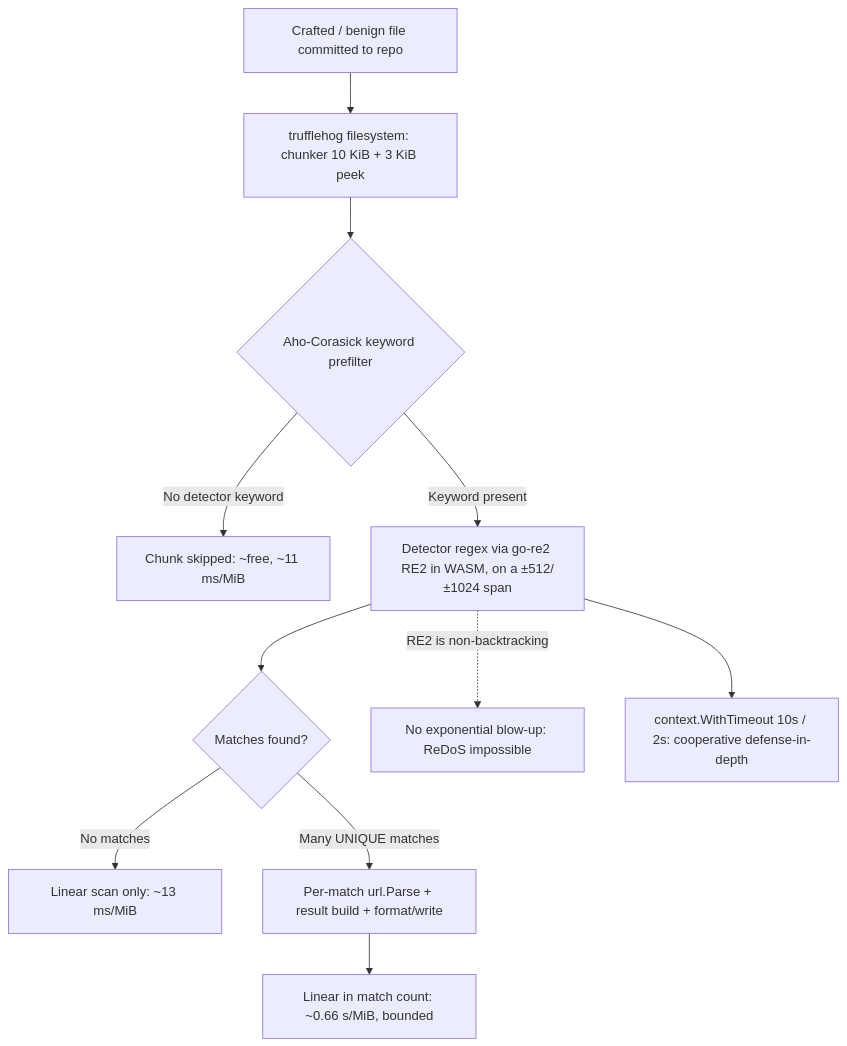
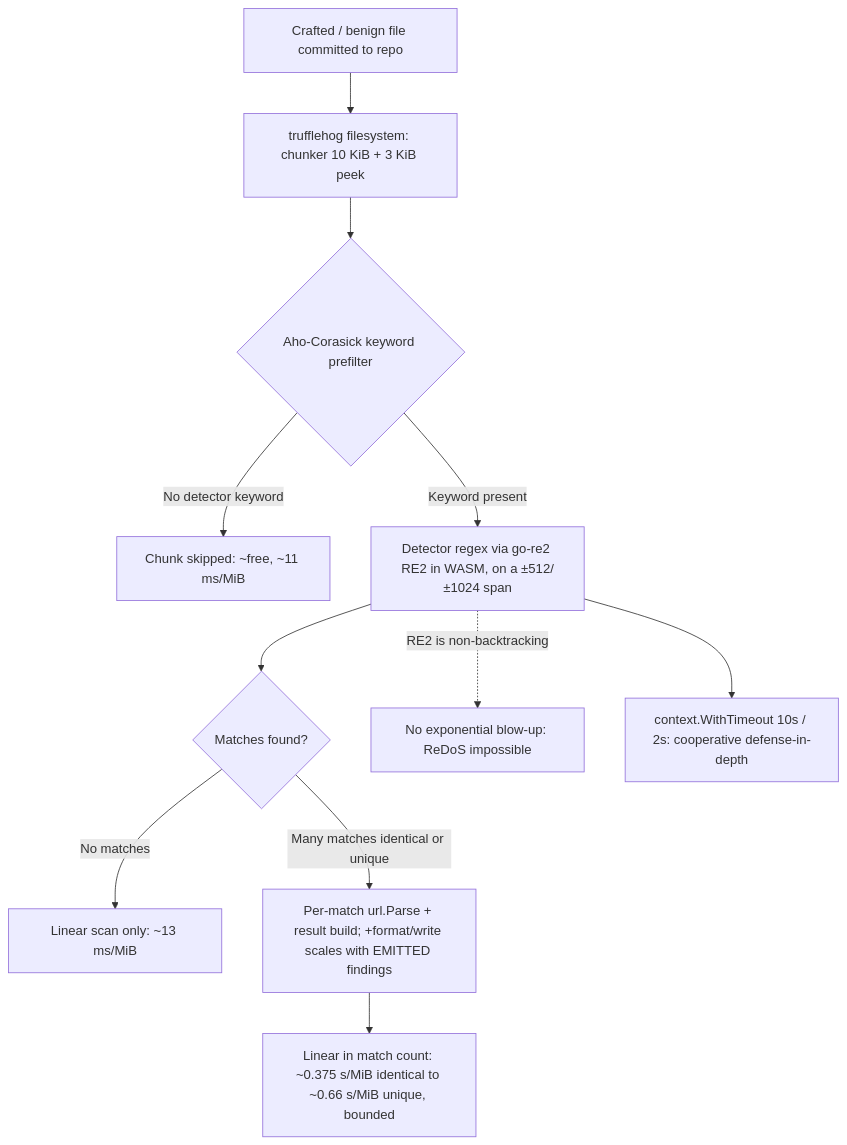
One commit to blitzy-research/trufflehog changed the diagram in blitzy/documentation/trufflehog_e42153d44a5e.md. Above: the diagram before and after it, drawn with Mermaid. The commit also changed other lines of this file, not shown here.

````diff
--- a/blitzy/documentation/trufflehog_e42153d44a5e.md
+++ b/blitzy/documentation/trufflehog_e42153d44a5e.md
@@ -523,13 +525,13 @@
 ```mermaid
 flowchart TD
     A[Crafted / benign file committed to repo] --> B[trufflehog filesystem: chunker 10 KiB + 3 KiB peek]
     B --> C{Aho-Corasick keyword prefilter}
     C -- No detector keyword --> Z[Chunk skipped: ~free, ~11 ms/MiB]
     C -- Keyword present --> D[Detector regex via go-re2 RE2 in WASM, on a ±512/±1024 span]
     D --> E{Matches found?}
     E -- No matches --> F[Linear scan only: ~13 ms/MiB]
-    E -- Many UNIQUE matches --> G[Per-match url.Parse + result build + format/write]
-    G --> H[Linear in match count: ~0.66 s/MiB, bounded]
+    E -- Many matches identical or unique --> G[Per-match url.Parse + result build; +format/write scales with EMITTED findings]
+    G --> H[Linear in match count: ~0.375 s/MiB identical to ~0.66 s/MiB unique, bounded]
     D -. RE2 is non-backtracking .-> I[No exponential blow-up: ReDoS impossible]
     D --> J[context.WithTimeout 10s / 2s: cooperative defense-in-depth]
 ```
````
